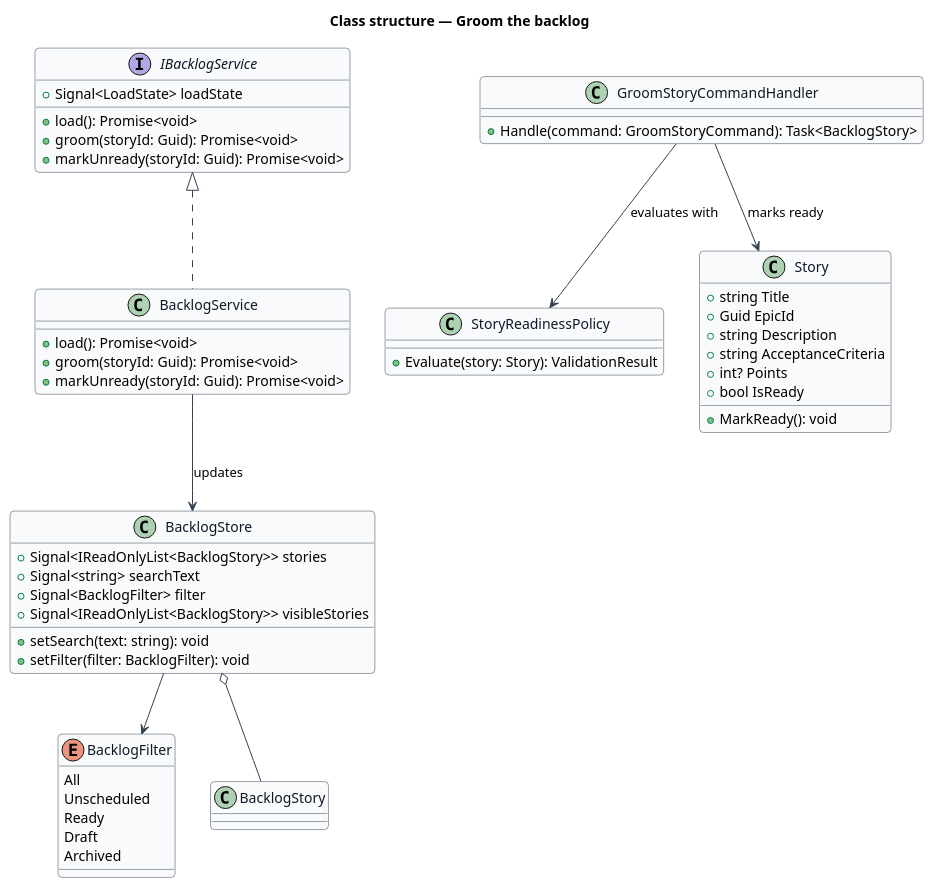
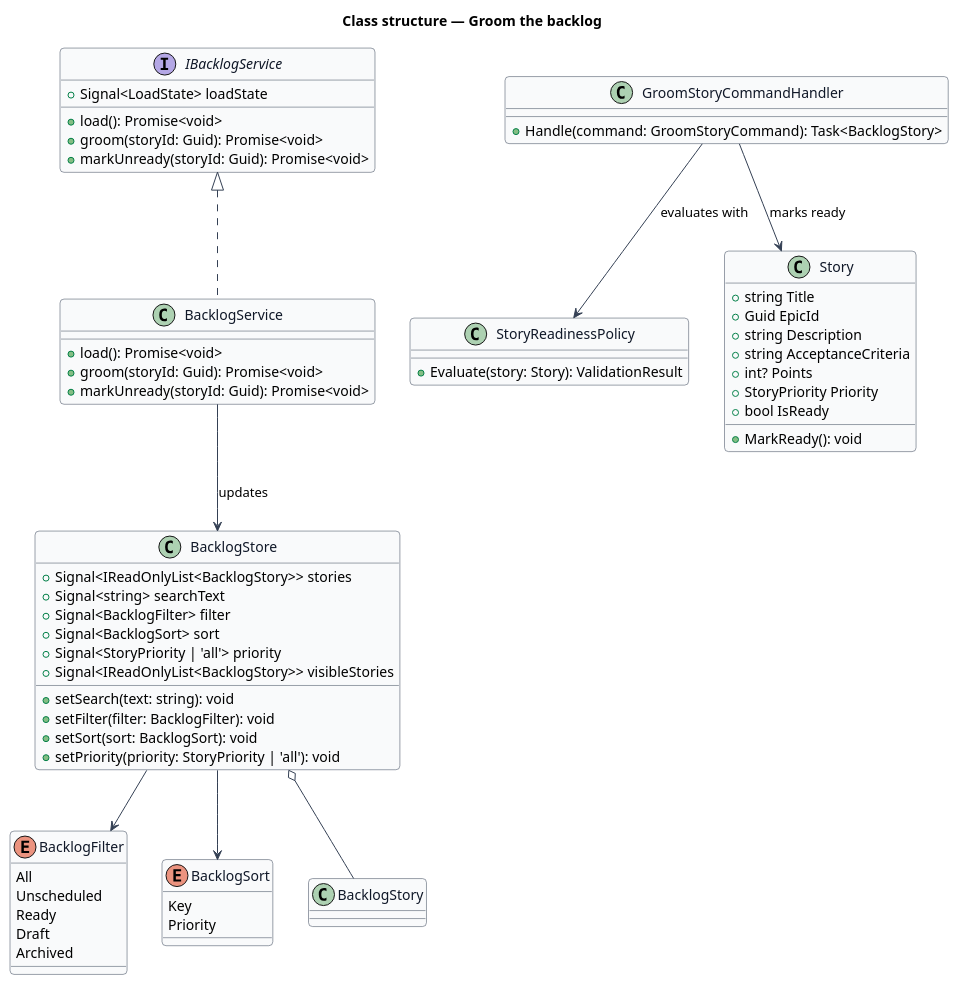
One commit to QuinntyneBrown/quinntyne-brown-consulting changed the diagram in docs/detailed-designs/planning/groom-backlog/diagrams/class-structure.puml. Above: the diagram before and after it, drawn with PlantUML. The commit also changed 27 other files, not shown here.

```diff
--- a/docs/detailed-designs/planning/groom-backlog/diagrams/class-structure.puml
+++ b/docs/detailed-designs/planning/groom-backlog/diagrams/class-structure.puml
@@ -1,68 +1,79 @@
 @startuml
 skinparam backgroundColor #FFFFFF
 skinparam shadowing false
 skinparam roundcorner 8
 skinparam defaultFontName Arial
 skinparam ArrowColor #344054
 skinparam class {
   BorderColor #344054
   FontColor #101828
   BackgroundColor #F9FAFB
 }
 title Class structure — Groom the backlog
 
 enum BacklogFilter {
   All
   Unscheduled
   Ready
   Draft
   Archived
 }
 
+enum BacklogSort {
+  Key
+  Priority
+}
+
 class BacklogStore {
   +Signal<IReadOnlyList<BacklogStory>> stories
   +Signal<string> searchText
   +Signal<BacklogFilter> filter
+  +Signal<BacklogSort> sort
+  +Signal<StoryPriority | 'all'> priority
   +Signal<IReadOnlyList<BacklogStory>> visibleStories
   +setSearch(text: string): void
   +setFilter(filter: BacklogFilter): void
+  +setSort(sort: BacklogSort): void
+  +setPriority(priority: StoryPriority | 'all'): void
 }
 
 interface IBacklogService {
   +Signal<LoadState> loadState
   +load(): Promise<void>
   +groom(storyId: Guid): Promise<void>
   +markUnready(storyId: Guid): Promise<void>
 }
 
 class BacklogService {
   +load(): Promise<void>
   +groom(storyId: Guid): Promise<void>
   +markUnready(storyId: Guid): Promise<void>
 }
 
 class StoryReadinessPolicy {
   +Evaluate(story: Story): ValidationResult
 }
 
 class GroomStoryCommandHandler {
   +Handle(command: GroomStoryCommand): Task<BacklogStory>
 }
 
 class Story {
   +string Title
   +Guid EpicId
   +string Description
   +string AcceptanceCriteria
   +int? Points
+  +StoryPriority Priority
   +bool IsReady
   +MarkReady(): void
 }
 
 BacklogStore --> BacklogFilter
+BacklogStore --> BacklogSort
 BacklogStore o-- BacklogStory
 IBacklogService <|.. BacklogService
 BacklogService --> BacklogStore : updates
 GroomStoryCommandHandler --> StoryReadinessPolicy : evaluates with
 GroomStoryCommandHandler --> Story : marks ready
 @enduml
```
